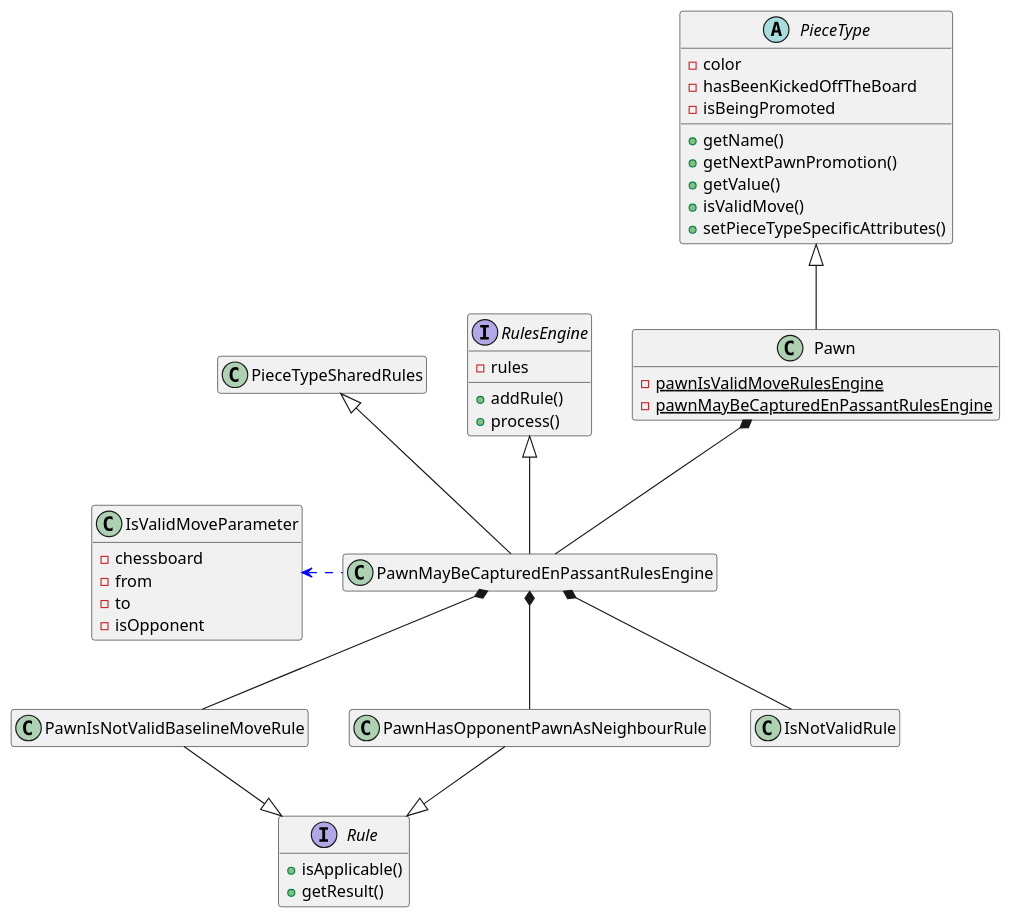
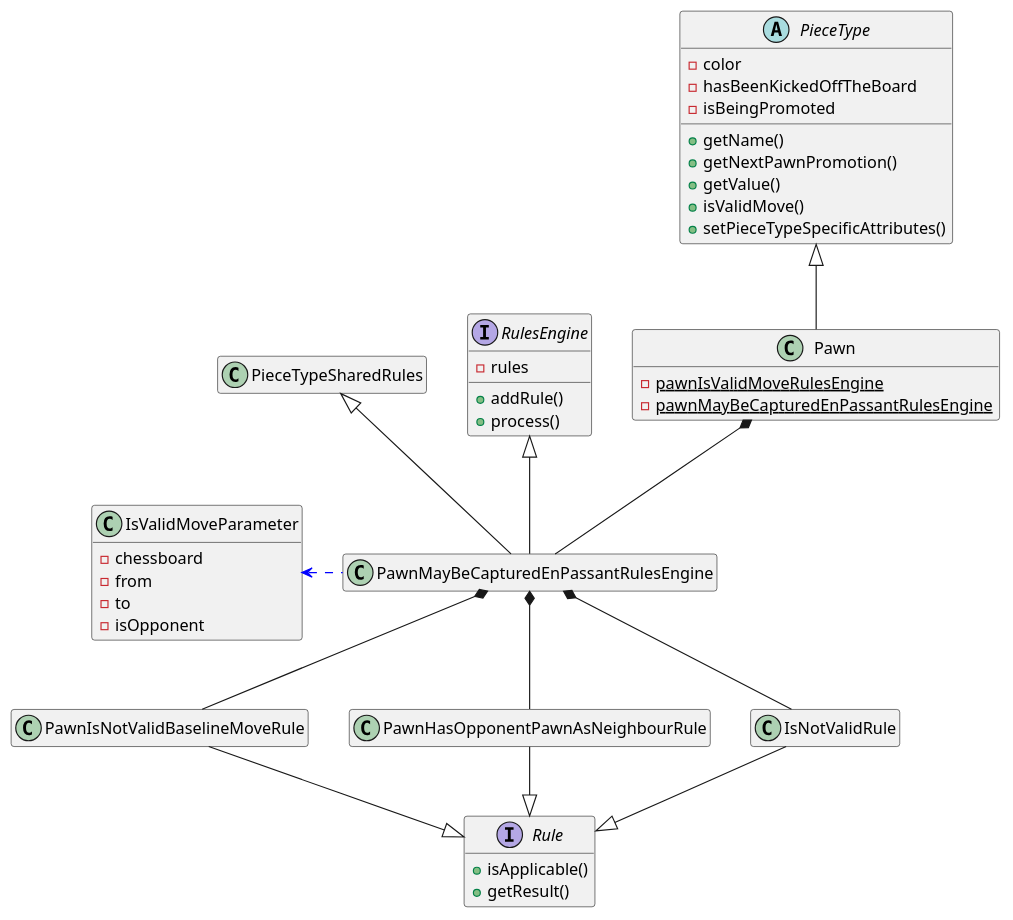
Before and after one commit to tiktaalick/chess-with-database: the diagram in game/src/main/resources/uml/pawnMayBeCapturedEnPassant.puml, drawn with PlantUML. The commit also changed 4 other files, not shown here.

Commit message:
* Added PlantUML class diagrams describing the queen and rook packages.

```diff
--- a/game/src/main/resources/uml/pawnMayBeCapturedEnPassant.puml
+++ b/game/src/main/resources/uml/pawnMayBeCapturedEnPassant.puml
@@ -1,62 +1,63 @@
 @startuml
 
 '--------------'
 'Hidden members'
 '--------------'
 hide empty members
 
 '----'
 'Move'
 '----'
 abstract class PieceType {
     - color
     - hasBeenKickedOffTheBoard
     - isBeingPromoted
     + getName()
     + getNextPawnPromotion()
     + getValue()
     + isValidMove()
     + setPieceTypeSpecificAttributes()
 }
 
 class Pawn {
     - {static} pawnIsValidMoveRulesEngine
     - {static} pawnMayBeCapturedEnPassantRulesEngine
 }
 
 class IsValidMoveParameter {
     - chessboard
     - from
     - to
     - isOpponent
 }
 
 interface RulesEngine {
     - rules
     + addRule()
     + process()
 }
 
 interface Rule {
     + isApplicable()
     + getResult()
 }
 
 '---------'
 'Relations'
 '---------'
 PieceType <|-down- Pawn
 
 Pawn *-down- PawnMayBeCapturedEnPassantRulesEngine
 PawnMayBeCapturedEnPassantRulesEngine -up-|> RulesEngine
 PawnMayBeCapturedEnPassantRulesEngine -up-|> PieceTypeSharedRules
 PawnMayBeCapturedEnPassantRulesEngine .left[#blue].> IsValidMoveParameter
 
 PawnIsNotValidBaselineMoveRule -up-* PawnMayBeCapturedEnPassantRulesEngine
 PawnHasOpponentPawnAsNeighbourRule -up-* PawnMayBeCapturedEnPassantRulesEngine
 IsNotValidRule -up-* PawnMayBeCapturedEnPassantRulesEngine
 
 PawnIsNotValidBaselineMoveRule -down-|> Rule
 PawnHasOpponentPawnAsNeighbourRule -down-|> Rule
+IsNotValidRule -down-|> Rule
 
 @enduml
```
